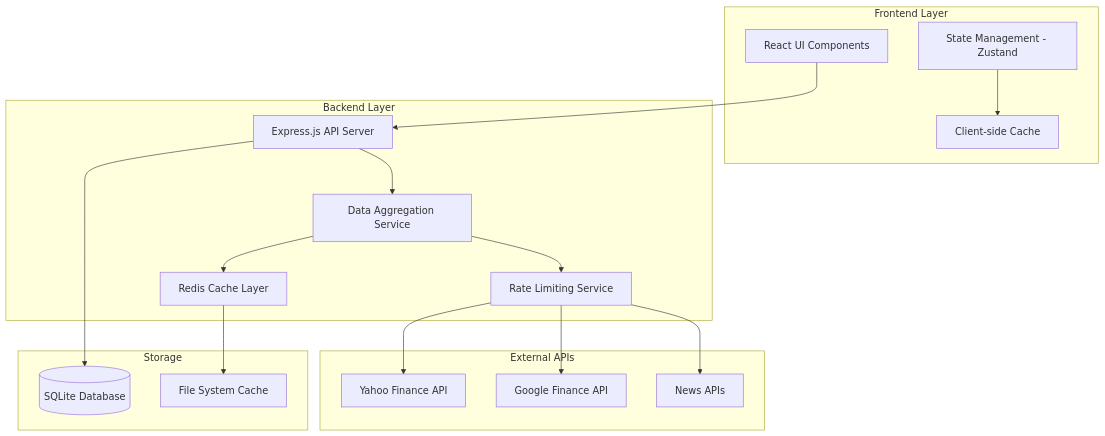
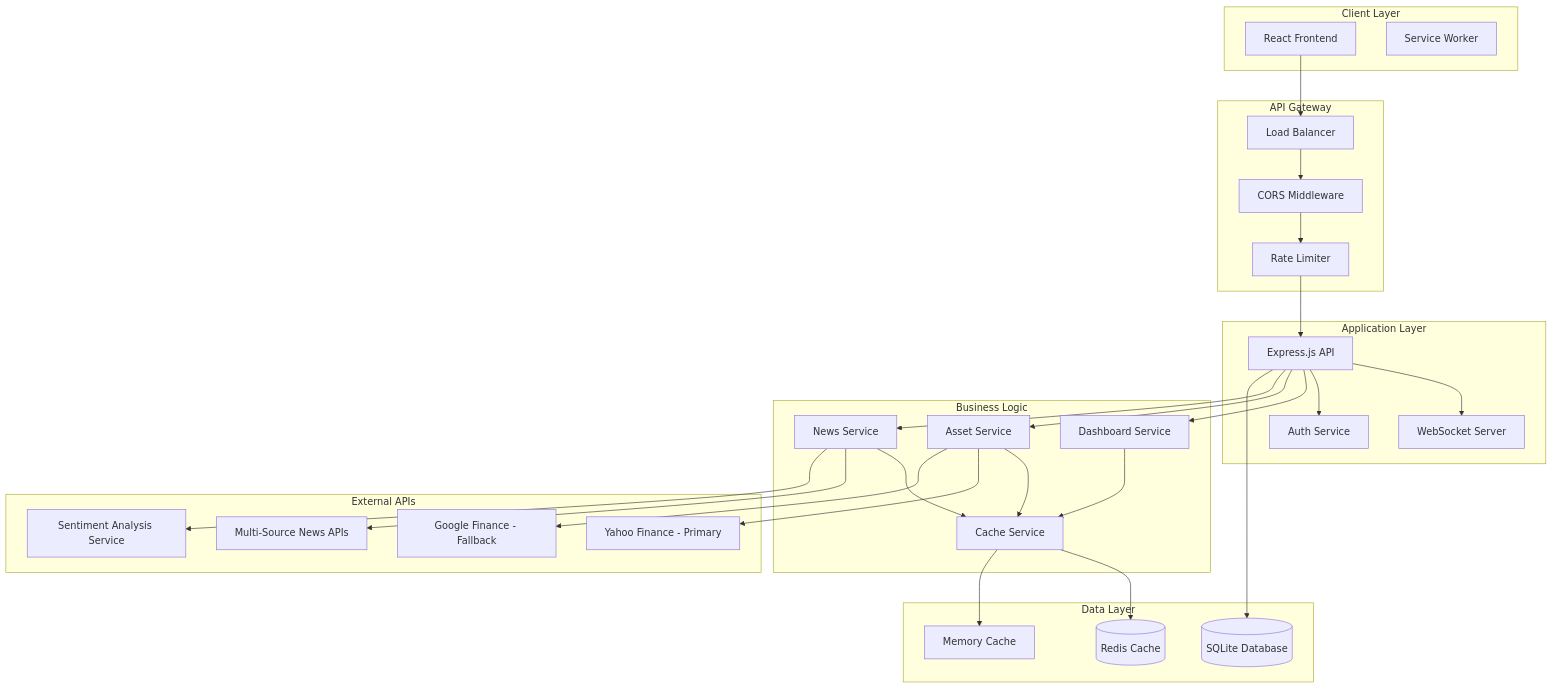
The first of 3 diagrams in .kiro/specs/market-pulse/design.md (keyurgolani/MarketPulse), drawn with Mermaid before and after one commit. The commit also changed other lines of this file and 565 other files, not shown here.

````diff
--- a/.kiro/specs/market-pulse/design.md
+++ b/.kiro/specs/market-pulse/design.md
@@ -22,37 +21,59 @@
 ```mermaid
 graph TB
-    subgraph "Frontend Layer"
-        UI[React UI Components]
-        State[State Management - Zustand]
-        Cache[Client-side Cache]
+    subgraph "Client Layer"
+        UI[React Frontend]
+        SW[Service Worker]
     end
-
-    subgraph "Backend Layer"
-        API[Express.js API Server]
-        DataAgg[Data Aggregation Service]
-        CacheLayer[Redis Cache Layer]
-        RateLimit[Rate Limiting Service]
+    
+    subgraph "API Gateway"
+        LB[Load Balancer]
+        CORS[CORS Middleware]
+        RL[Rate Limiter]
     end
-
+    
+    subgraph "Application Layer"
+        API[Express.js API]
+        WS[WebSocket Server]
+        AUTH[Auth Service]
+    end
+    
+    subgraph "Business Logic"
+        DS[Dashboard Service]
+        AS[Asset Service]
+        NS[News Service]
+        CS[Cache Service]
+    end
+    
+    subgraph "Data Layer"
+        DB[(SQLite Database)]
+        REDIS[(Redis Cache)]
+        MEM[Memory Cache]
+    end
+    
     subgraph "External APIs"
-        Yahoo[Yahoo Finance API]
-        Google[Google Finance API]
-        News[News APIs]
+        YF[Yahoo Finance - Primary]
+        GF[Google Finance - Fallback]
+        NEWS[Multi-Source News APIs]
+        SENTIMENT[Sentiment Analysis Service]
     end
-
-    subgraph "Storage"
-        DB[(SQLite Database)]
-        FileCache[File System Cache]
-    end
-
-    UI --> API
-    State --> Cache
-    API --> DataAgg
-    DataAgg --> CacheLayer
-    DataAgg --> RateLimit
-    RateLimit --> Yahoo
-    RateLimit --> Google
-    RateLimit --> News
+    
+    UI --> LB
+    LB --> CORS
+    CORS --> RL
+    RL --> API
+    API --> WS
+    API --> AUTH
+    API --> DS
+    API --> AS
+    API --> NS
+    DS --> CS
+    AS --> CS
+    NS --> CS
+    CS --> REDIS
+    CS --> MEM
     API --> DB
-    CacheLayer --> FileCache
+    AS --> YF
+    AS --> GF
+    NS --> NEWS
+    NS --> SENTIMENT
 ```
````
